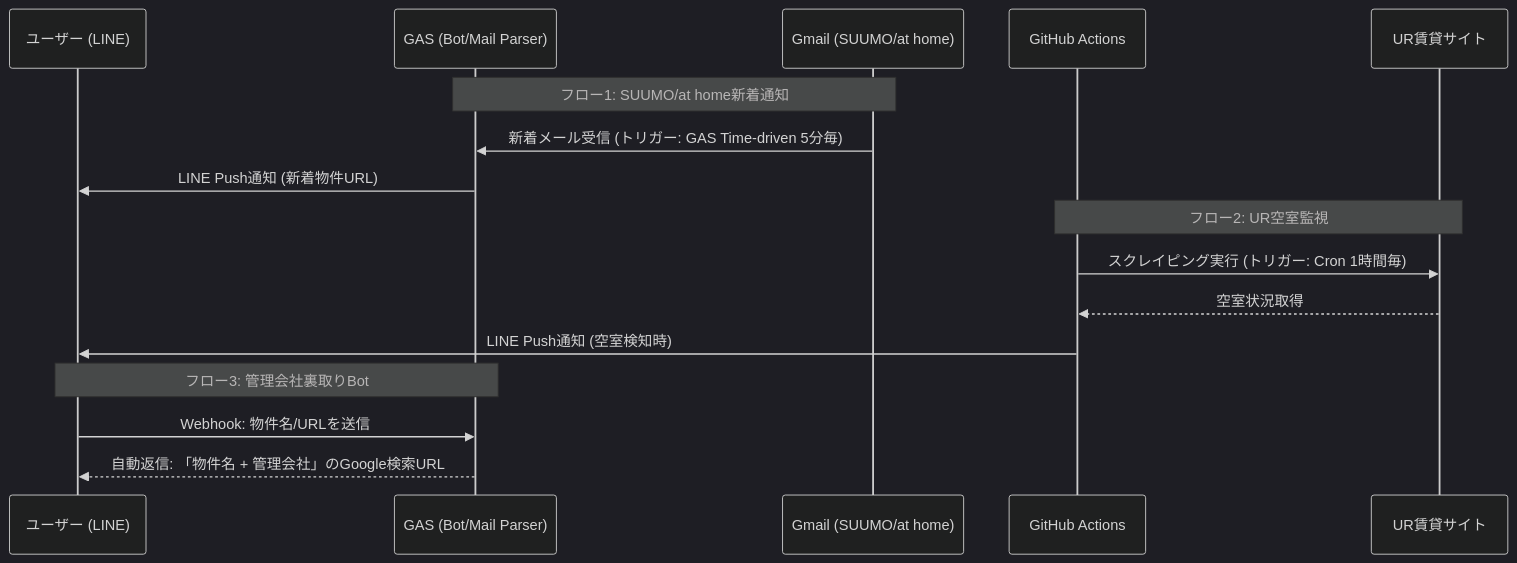
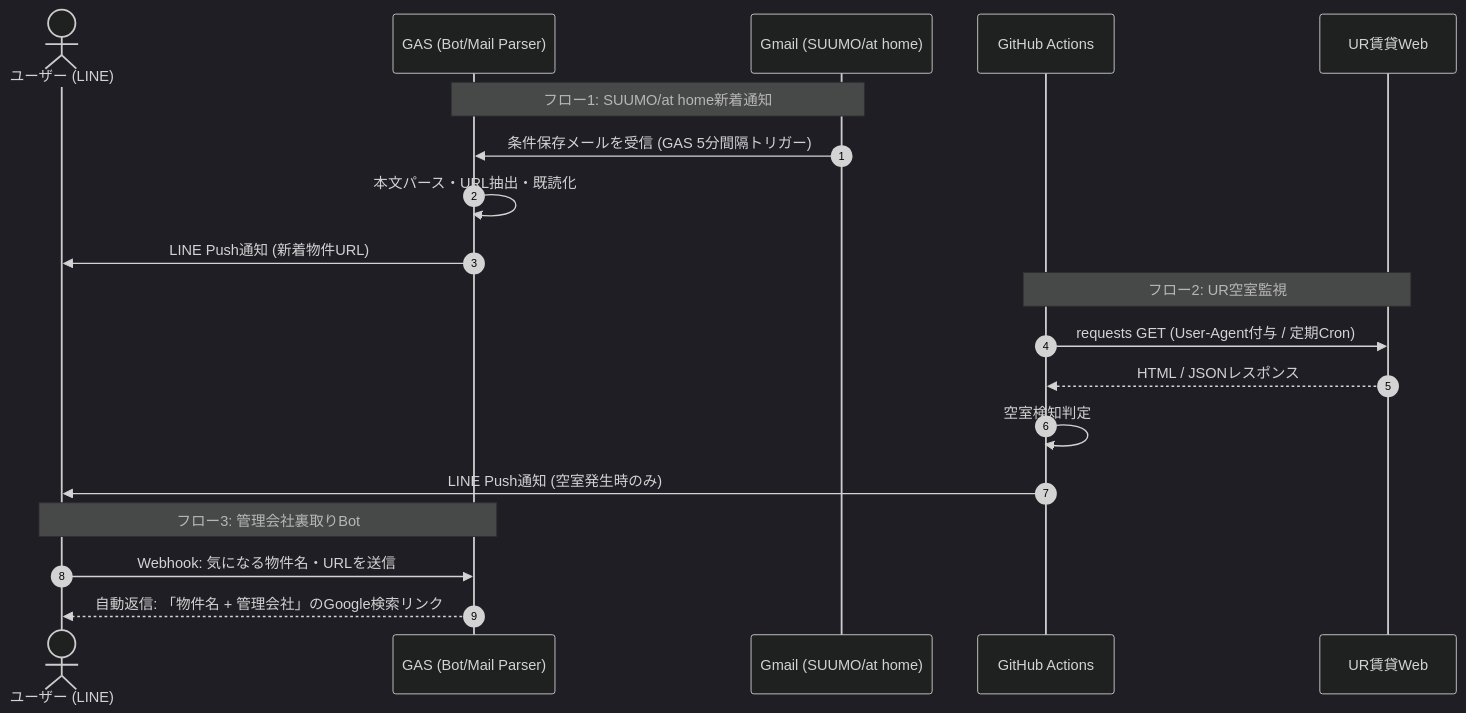
One commit to zyamm/my-estate-bot changed the diagram in README.md. Above: the diagram before and after it, drawn with Mermaid (dark theme). The commit also changed other lines of this file, not shown here.

````diff
--- a/README.md
+++ b/README.md
@@ -31,24 +29,27 @@
 ```mermaid
 sequenceDiagram
-    participant User as ユーザー (LINE)
+    autonumber
+    actor User as ユーザー (LINE)
     participant GAS as GAS (Bot/Mail Parser)
     participant Gmail as Gmail (SUUMO/at home)
-    participant GitHub as GitHub Actions
-    participant UR as UR賃貸サイト
+    participant GHA as GitHub Actions
+    participant UR as UR賃貸Web
 
     %% フロー1: 新着物件通知
     Note over GAS, Gmail: フロー1: SUUMO/at home新着通知
-    Gmail->>GAS: 新着メール受信 (トリガー: GAS Time-driven 5分毎)
+    Gmail->>GAS: 条件保存メールを受信 (GAS 5分間隔トリガー)
+    GAS->>GAS: 本文パース・URL抽出・既読化
     GAS->>User: LINE Push通知 (新着物件URL)
 
     %% フロー2: UR賃貸監視
-    Note over GitHub, UR: フロー2: UR空室監視
-    GitHub->>UR: スクレイピング実行 (トリガー: Cron 1時間毎)
-    UR-->>GitHub: 空室状況取得
-    GitHub->>User: LINE Push通知 (空室検知時)
+    Note over GHA, UR: フロー2: UR空室監視
+    GHA->>UR: requests GET (User-Agent付与 / 定期Cron)
+    UR-->>GHA: HTML / JSONレスポンス
+    GHA->>GHA: 空室検知判定
+    GHA->>User: LINE Push通知 (空室発生時のみ)
 
     %% フロー3: 裏取り Bot
     Note over User, GAS: フロー3: 管理会社裏取りBot
-    User->>GAS: Webhook: 物件名/URLを送信
-    GAS-->>User: 自動返信: 「物件名 + 管理会社」のGoogle検索URL
+    User->>GAS: Webhook: 気になる物件名・URLを送信
+    GAS-->>User: 自動返信: 「物件名 + 管理会社」のGoogle検索リンク
 ```
````
